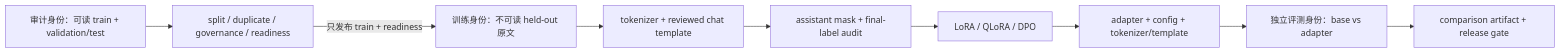
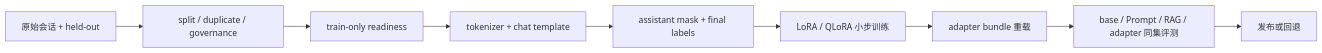
One commit to NightLemon/about-llm changed the diagram in docs/practice/projects/single-gpu-finetuning.md. Above: the diagram before and after it, drawn with Mermaid. The commit also changed other lines of this file and 9 other files, not shown here.

````diff
--- a/docs/practice/projects/single-gpu-finetuning.md
+++ b/docs/practice/projects/single-gpu-finetuning.md
@@ -25,11 +27,11 @@
 ```mermaid
 flowchart LR
-    A["审计身份：可读 train + validation/test"] --> B["split / duplicate / governance / readiness"]
-    B -->|"只发布 train + readiness"| C["训练身份：不可读 held-out 原文"]
-    C --> D["tokenizer + reviewed chat template"]
-    D --> E["assistant mask + final-label audit"]
-    E --> F["LoRA / QLoRA / DPO"]
-    F --> G["adapter + config + tokenizer/template"]
-    G --> H["独立评测身份：base vs adapter"]
-    H --> I["comparison artifact + release gate"]
+  A["原始会话 + held-out"] --> B["split / duplicate / governance"]
+  B --> C["train-only readiness"]
+  C --> D["tokenizer + chat template"]
+  D --> E["assistant mask + final labels"]
+  E --> F["LoRA / QLoRA 小步训练"]
+  F --> G["adapter bundle 重载"]
+  G --> H["base / Prompt / RAG / adapter 同集评测"]
+  H --> I["发布或回退"]
 ```
````
